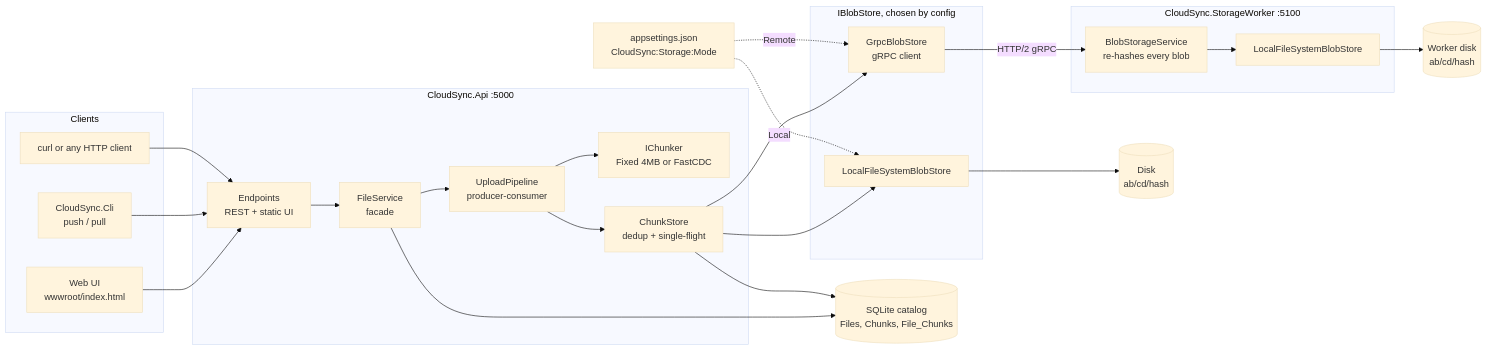
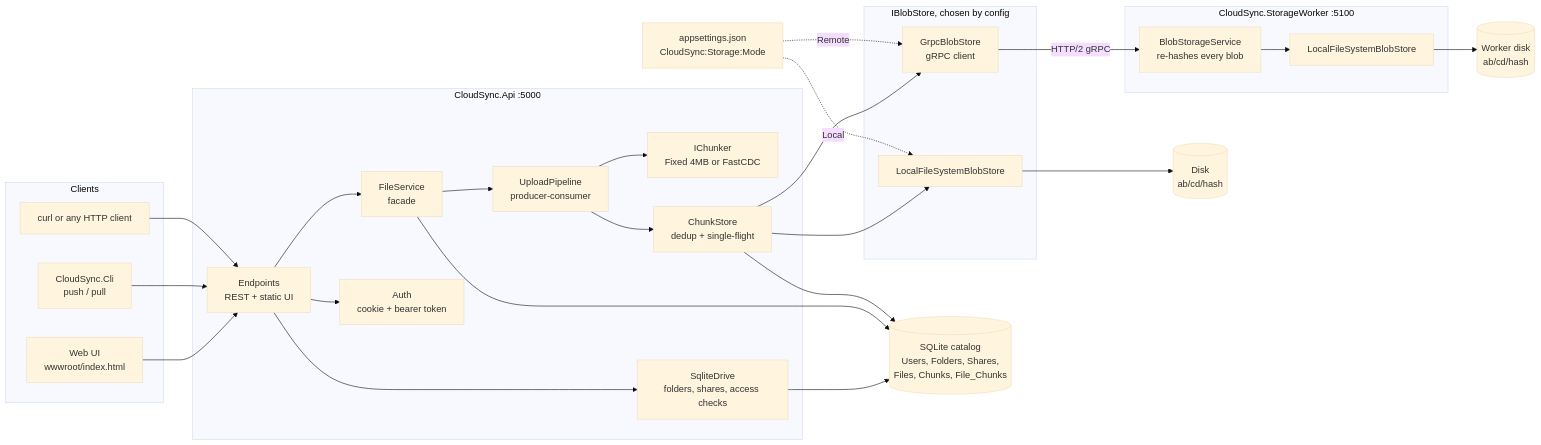
Before and after one commit to havish-coder/Drive: the first of 15 diagrams in docs/VISUALIZATION.md, drawn with Mermaid (base theme). The commit also changed other lines of this file and 25 other files, not shown here.

First line of the commit message:
Drive-style folders, sharing and login; latency measurement; gap analysis

````diff
--- a/docs/VISUALIZATION.md
+++ b/docs/VISUALIZATION.md
@@ -27,49 +28,54 @@
 ```mermaid
 flowchart LR
   subgraph Clients
     UI["Web UI<br/>wwwroot/index.html"]
     CLI["CloudSync.Cli<br/>push / pull"]
     CURL["curl or any HTTP client"]
   end
 
   subgraph Gateway["CloudSync.Api  :5000"]
     EP["Endpoints<br/>REST + static UI"]
     FS["FileService<br/>facade"]
     PL["UploadPipeline<br/>producer-consumer"]
     CK["IChunker<br/>Fixed 4MB or FastCDC"]
     CS["ChunkStore<br/>dedup + single-flight"]
+    AU["Auth<br/>cookie + bearer token"]
+    DRV["SqliteDrive<br/>folders, shares, access checks"]
   end
 
-  DB[("SQLite catalog<br/>Files, Chunks, File_Chunks")]
+  DB[("SQLite catalog<br/>Users, Folders, Shares,<br/>Files, Chunks, File_Chunks")]
 
   subgraph Stores["IBlobStore, chosen by config"]
     LOCAL["LocalFileSystemBlobStore"]
     GRPC["GrpcBlobStore<br/>gRPC client"]
   end
 
   subgraph Worker["CloudSync.StorageWorker  :5100"]
     SVC["BlobStorageService<br/>re-hashes every blob"]
     WLOCAL["LocalFileSystemBlobStore"]
   end
 
   DISK[("Disk<br/>ab/cd/hash")]
   WDISK[("Worker disk<br/>ab/cd/hash")]
 
   UI --> EP
   CLI --> EP
   CURL --> EP
+  EP --> AU
+  EP --> DRV
+  DRV --> DB
   EP --> FS
   FS --> PL
   PL --> CK
   PL --> CS
   FS --> DB
   CS --> DB
   CS --> LOCAL
   CS --> GRPC
   LOCAL --> DISK
   GRPC -- "HTTP/2 gRPC" --> SVC
   SVC --> WLOCAL
   WLOCAL --> WDISK
   CFG["appsettings.json<br/>CloudSync:Storage:Mode"] -. "Local" .-> LOCAL
   CFG -. "Remote" .-> GRPC
 ```
````
